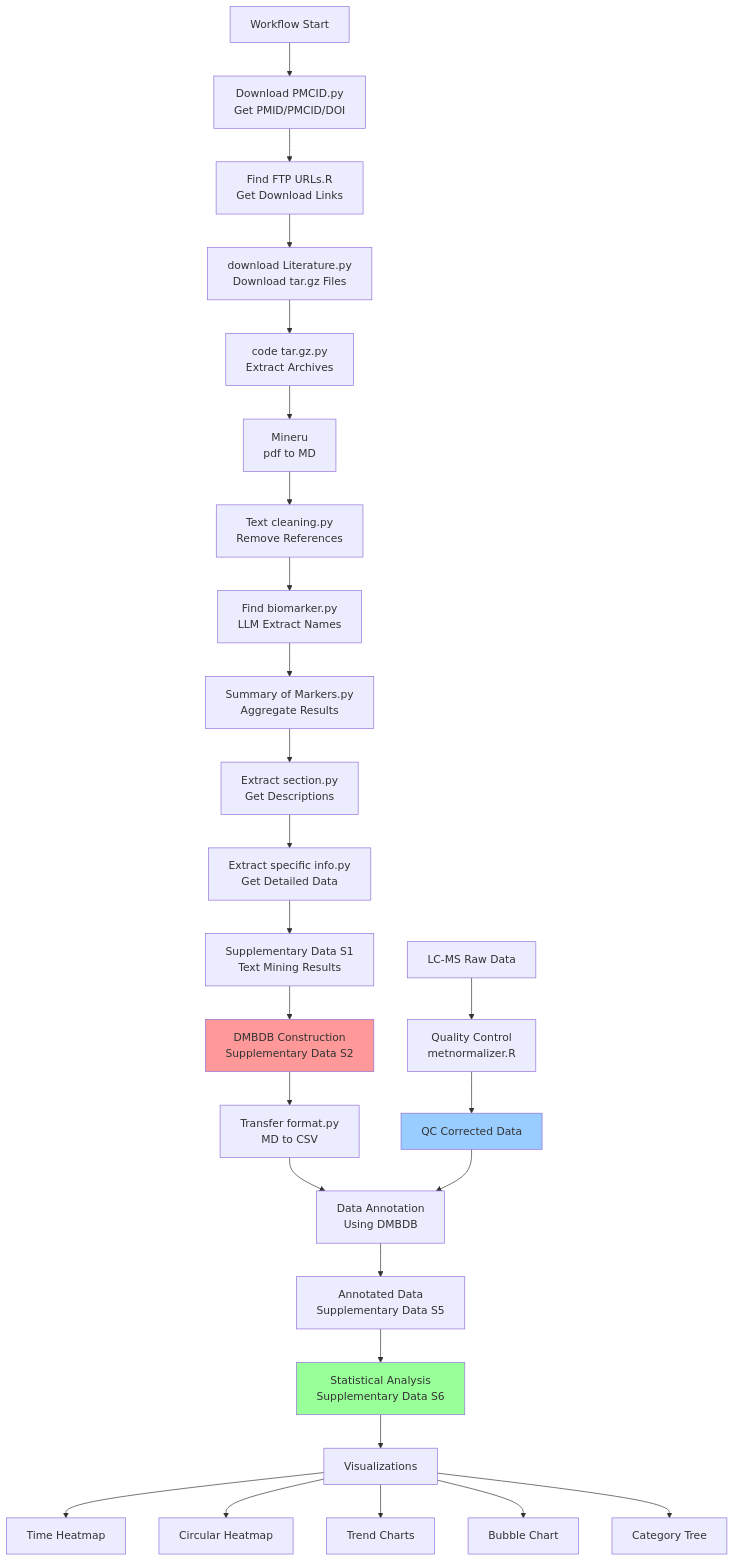
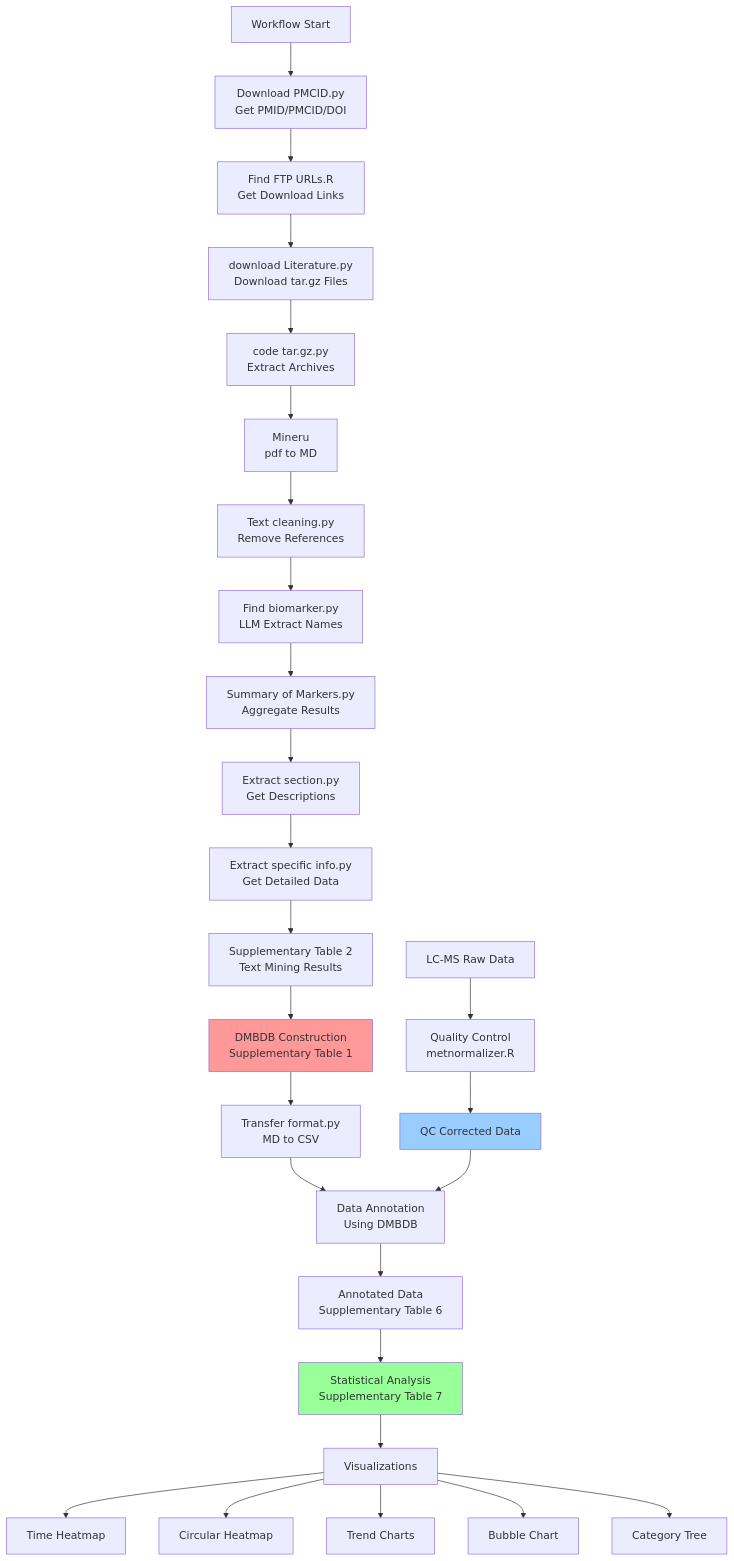
Before and after one commit to zhengfj1994/DMBDB: the diagram in README.md, drawn with Mermaid. The commit also changed other lines of this file and 13 other files, not shown here.

````diff
--- a/README.md
+++ b/README.md
@@ -317,35 +318,35 @@
 ```mermaid
 graph TD
     A[Workflow Start] --> B[Download PMCID.py<br/>Get PMID/PMCID/DOI]
     B --> C[Find FTP URLs.R<br/>Get Download Links]
     C --> D[download Literature.py<br/>Download tar.gz Files]
     D --> E[code tar.gz.py<br/>Extract Archives]
     E --> F[Mineru<br/>pdf to MD]
     F --> G[Text cleaning.py<br/>Remove References]
     G --> H[Find biomarker.py<br/>LLM Extract Names]
     H --> I[Summary of Markers.py<br/>Aggregate Results]
     I --> J[Extract section.py<br/>Get Descriptions]
     J --> K[Extract specific info.py<br/>Get Detailed Data]
-    K --> L[Supplementary Data S1<br/>Text Mining Results]
-    L --> M[DMBDB Construction<br/>Supplementary Data S2]
+    K --> L[Supplementary Table 2<br/>Text Mining Results]
+    L --> M[DMBDB Construction<br/>Supplementary Table 1]
     M --> N[Transfer format.py<br/>MD to CSV]
 
     O[LC-MS Raw Data] --> P[Quality Control<br/>metnormalizer.R]
     P --> Q[QC Corrected Data]
 
     N --> R[Data Annotation<br/>Using DMBDB]
     Q --> R
-    R --> S[Annotated Data<br/>Supplementary Data S5]
-    S --> T[Statistical Analysis<br/>Supplementary Data S6]
+    R --> S[Annotated Data<br/>Supplementary Table 6]
+    S --> T[Statistical Analysis<br/>Supplementary Table 7]
 
     T --> U[Visualizations]
     U --> V[Time Heatmap]
     U --> W[Circular Heatmap]
     U --> X[Trend Charts]
     U --> Y[Bubble Chart]
     U --> Z[Category Tree]
 
     style M fill:#ff9999
     style Q fill:#99ccff
     style T fill:#99ff99
 ```
````
